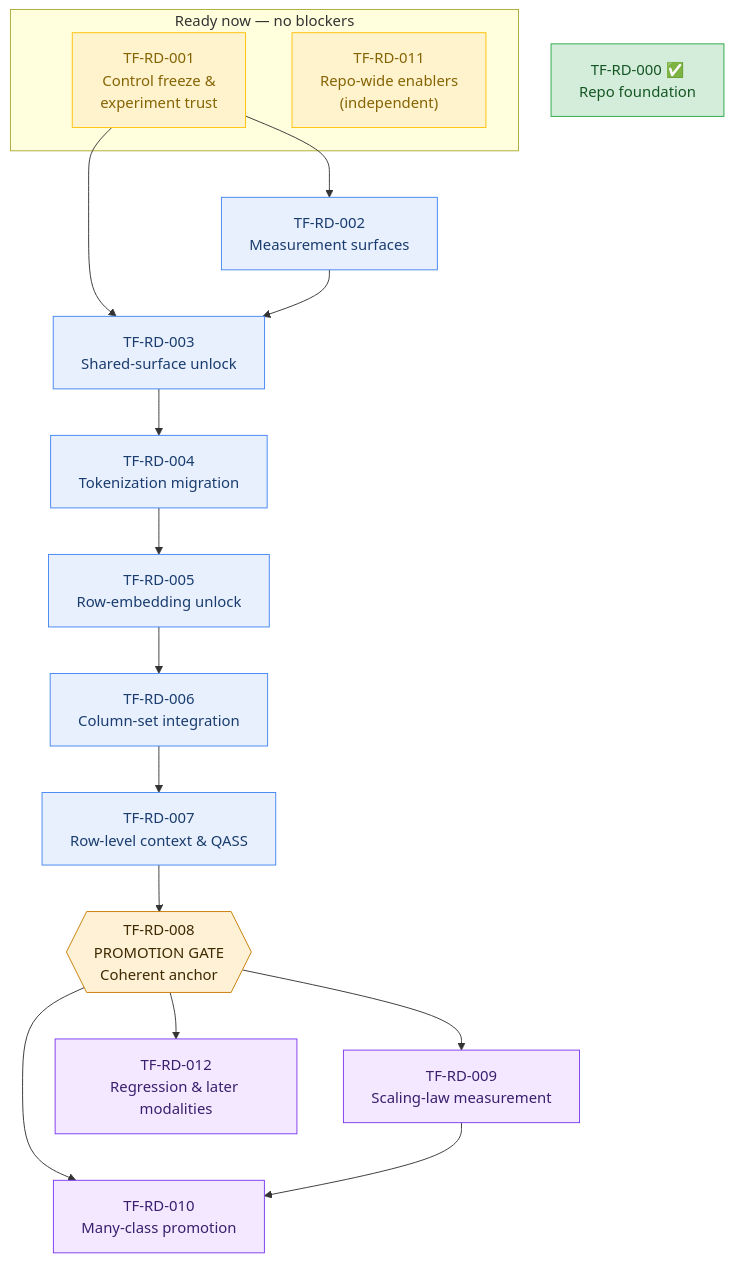
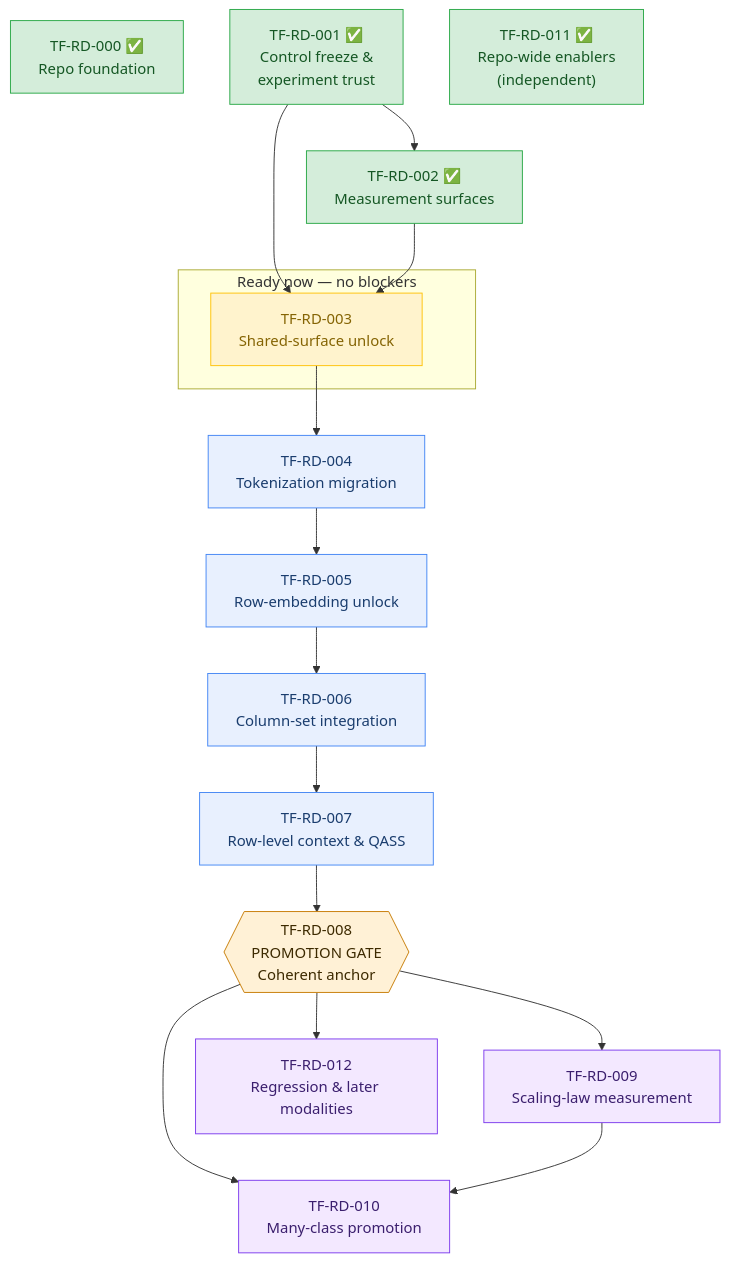
Before and after one commit to bensonlee5/tab-foundry: the diagram in docs/development/roadmap.md, drawn with Mermaid. The commit also changed other lines of this file, not shown here.

Commit message:
update roadmap

````diff
--- a/docs/development/roadmap.md
+++ b/docs/development/roadmap.md
@@ -106,45 +106,45 @@
 ```mermaid
 flowchart TD
     RD000["TF-RD-000 ✅<br/>Repo foundation"]
 
+    RD001["TF-RD-001 ✅<br/>Control freeze &<br/>experiment trust"]
+    RD002["TF-RD-002 ✅<br/>Measurement surfaces"]
+    RD011["TF-RD-011 ✅<br/>Repo-wide enablers<br/>(independent)"]
+
     subgraph ready [" Ready now — no blockers "]
-        RD001["TF-RD-001<br/>Control freeze &<br/>experiment trust"]
-        RD011["TF-RD-011<br/>Repo-wide enablers<br/>(independent)"]
+        RD003["TF-RD-003<br/>Shared-surface unlock"]
     end
-
-    RD002["TF-RD-002<br/>Measurement surfaces"]
-    RD003["TF-RD-003<br/>Shared-surface unlock"]
     RD004["TF-RD-004<br/>Tokenization migration"]
     RD005["TF-RD-005<br/>Row-embedding unlock"]
     RD006["TF-RD-006<br/>Column-set integration"]
     RD007["TF-RD-007<br/>Row-level context & QASS"]
     RD008{{"TF-RD-008<br/>PROMOTION GATE<br/>Coherent anchor"}}
     RD009["TF-RD-009<br/>Scaling-law measurement"]
     RD010["TF-RD-010<br/>Many-class promotion"]
     RD012["TF-RD-012<br/>Regression & later modalities"]
 
     RD001 --> RD002
     RD001 --> RD003
     RD002 --> RD003
     RD003 --> RD004
     RD004 --> RD005
     RD005 --> RD006
     RD006 --> RD007
     RD007 --> RD008
     RD008 --> RD009
     RD008 --> RD010
     RD009 --> RD010
     RD008 --> RD012
 
     classDef done fill:#d4edda,stroke:#28a745,color:#155724;
     classDef readyNow fill:#fff3cd,stroke:#ffc107,color:#856404;
     classDef chain fill:#e8f0fe,stroke:#4285f4,color:#1a3d6e;
     classDef gate fill:#fff1d6,stroke:#c67a00,color:#3d2a00;
     classDef later fill:#f3e8ff,stroke:#7c3aed,color:#3b1f6e;
 
-    class RD000 done;
-    class RD001,RD011 readyNow;
-    class RD002,RD003,RD004,RD005,RD006,RD007 chain;
+    class RD000,RD001,RD002,RD011 done;
+    class RD003 readyNow;
+    class RD004,RD005,RD006,RD007 chain;
     class RD008 gate;
     class RD009,RD010,RD012 later;
 ```
````
